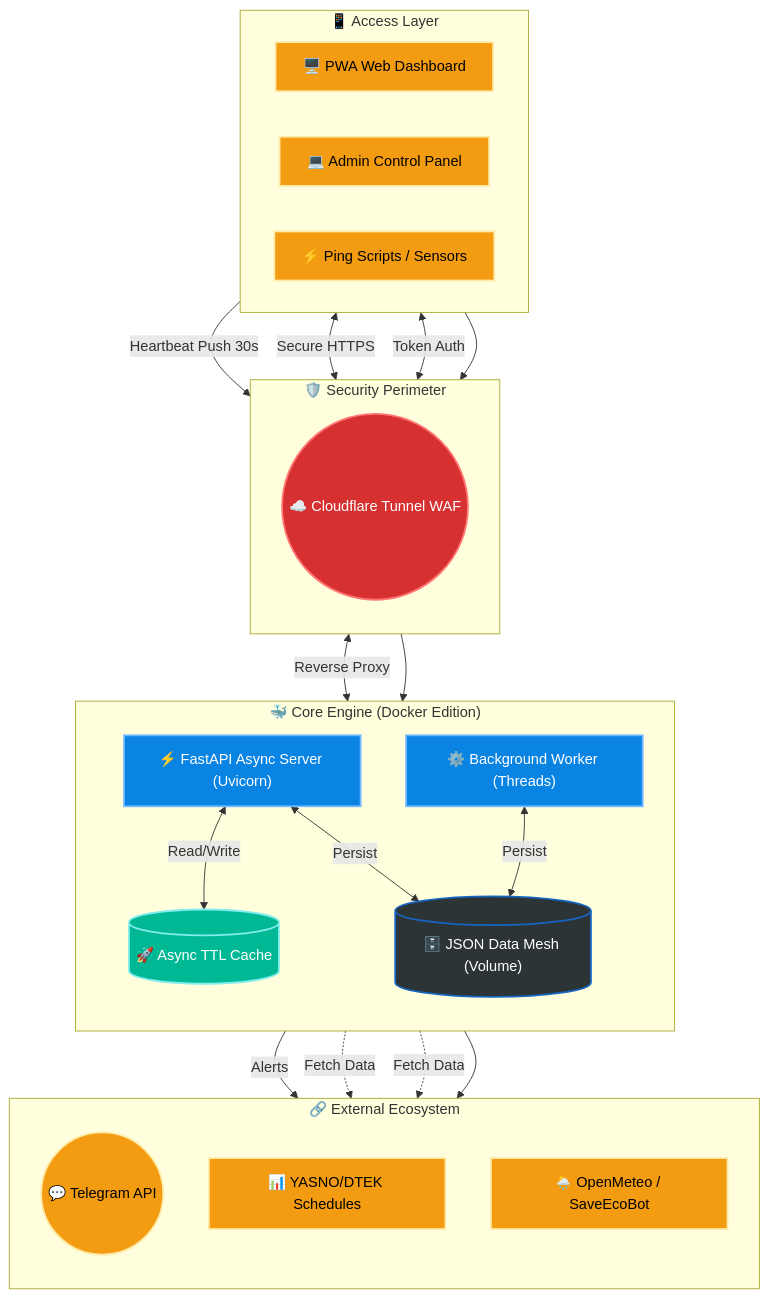
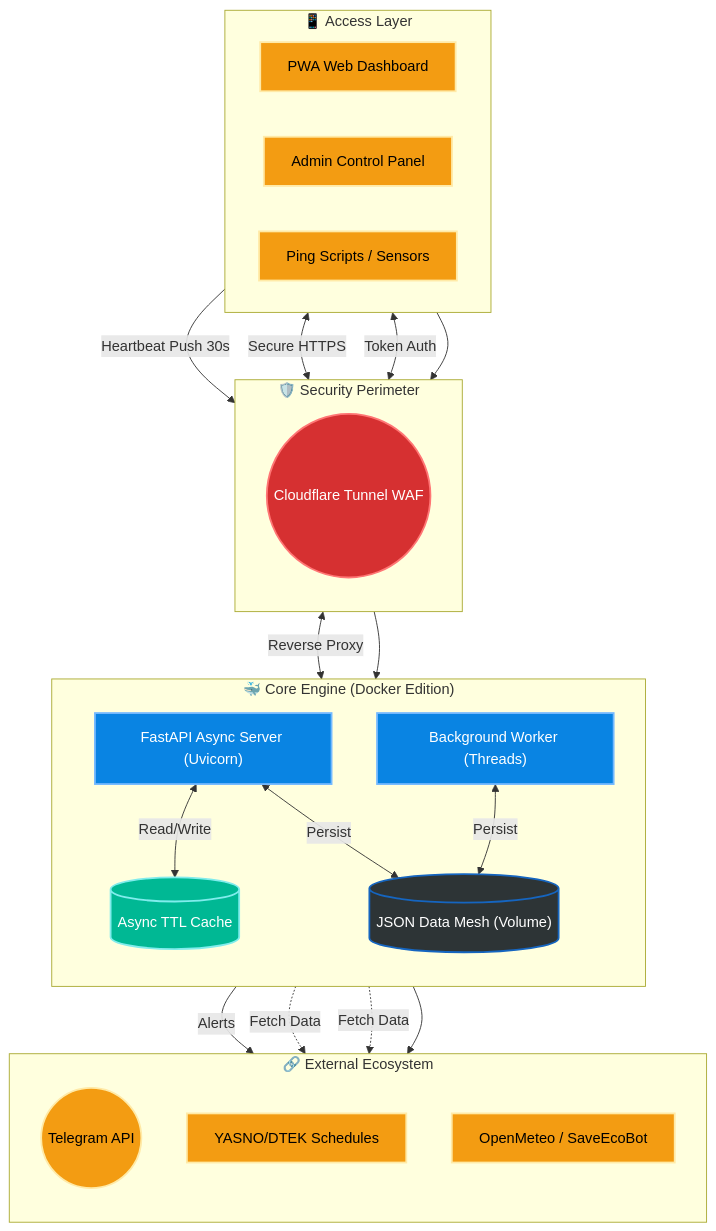
The diagram in README.md (weby-homelab/flash-monitor-kyiv), drawn with Mermaid before and after one commit. The commit also changed 1 other file, not shown here.

Commit message:
docs: remove emojis from Mermaid nodes to fix rendering errors

````diff
--- a/README.md
+++ b/README.md
@@ -83,61 +83,61 @@
 ```mermaid
 graph TD
     %% -- Styles --
     classDef cloud fill:#2d3436,stroke:#7b1fa2,stroke-width:2px,color:#fff
     classDef local fill:#2d3436,stroke:#1565c0,stroke-width:2px,color:#fff
     classDef service fill:#0984e3,stroke:#74b9ff,stroke-width:2px,color:#fff
     classDef security fill:#d63031,stroke:#ff7675,stroke-width:2px,color:#fff
     classDef network fill:#00b894,stroke:#81ecec,stroke-width:2px,color:#fff
     classDef external fill:#f39c12,stroke:#ffeaa7,stroke-width:2px,color:#000
 
     %% -- External & Access Layer --
     subgraph Access ["📱 Access Layer"]
         direction LR
-        PWA["🖥️ PWA Web Dashboard"]:::external
-        ADM["💻 Admin Control Panel"]:::external
-        IoT["⚡ Ping Scripts / Sensors"]:::external
+        PWA["PWA Web Dashboard"]:::external
+        ADM["Admin Control Panel"]:::external
+        IoT["Ping Scripts / Sensors"]:::external
     end
 
     %% -- Security Perimeter --
     subgraph Security ["🛡️ Security Perimeter"]
         direction TB
-        CF(("☁️ Cloudflare Tunnel WAF")):::security
+        CF(("Cloudflare Tunnel WAF")):::security
     end
 
     %% -- Core Application (Docker) --
     subgraph Core ["🐳 Core Engine (Docker Edition)"]
         direction TB
-        WEB["⚡ FastAPI Async Server (Uvicorn)"]:::service
-        WORKER["⚙️ Background Worker (Threads)"]:::service
-        CACHE[("🚀 Async TTL Cache")]:::network
-        JSON[("🗄️ JSON Data Mesh (Volume)")]:::local
+        WEB["FastAPI Async Server (Uvicorn)"]:::service
+        WORKER["Background Worker (Threads)"]:::service
+        CACHE[("Async TTL Cache")]:::network
+        JSON[("JSON Data Mesh (Volume)")]:::local
     end
 
     %% -- External APIs --
     subgraph API ["🔗 External Ecosystem"]
         direction TB
-        TG(("💬 Telegram API")):::external
-        YASNO["📊 YASNO/DTEK Schedules"]:::external
-        WEATHER["🌦️ OpenMeteo / SaveEcoBot"]:::external
+        TG(("Telegram API")):::external
+        YASNO["YASNO/DTEK Schedules"]:::external
+        WEATHER["OpenMeteo / SaveEcoBot"]:::external
     end
 
     %% -- Relationships --
     IoT -->|Heartbeat Push 30s| CF
     PWA <-->|Secure HTTPS| CF
     ADM <-->|Token Auth| CF
 
     CF <-->|Reverse Proxy| WEB
     
     WEB <-->|Read/Write| CACHE
     WEB <-->|Persist| JSON
     
     WORKER <-->|Persist| JSON
     WORKER -->|Alerts| TG
     WORKER -.->|Fetch Data| YASNO
     WORKER -.->|Fetch Data| WEATHER
 
     %% Layout adjustments
     Access --> Security
     Security --> Core
     Core --> API
 ```
````
